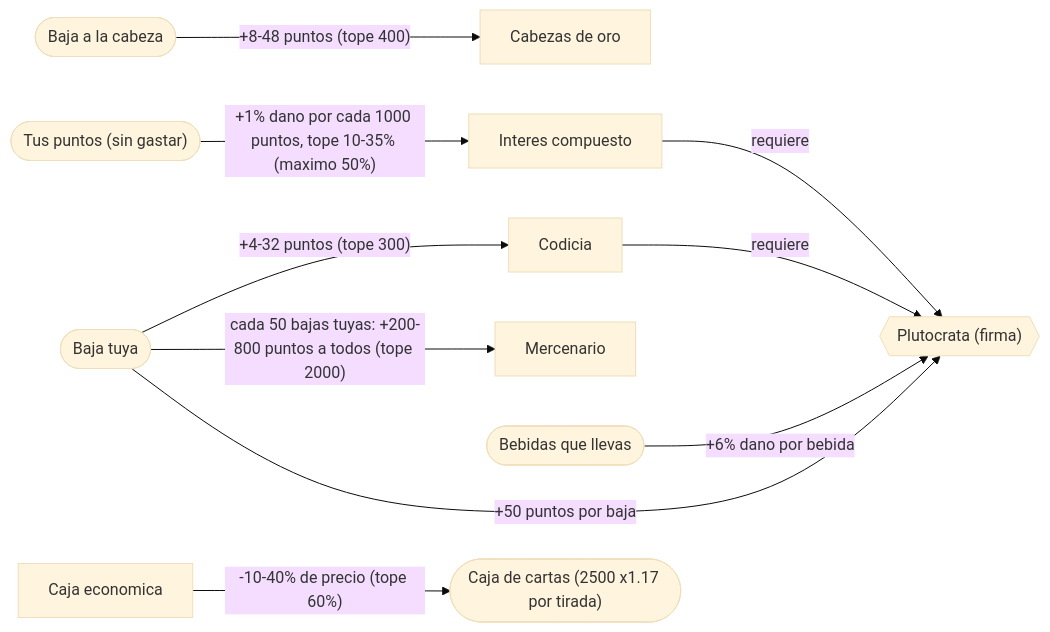
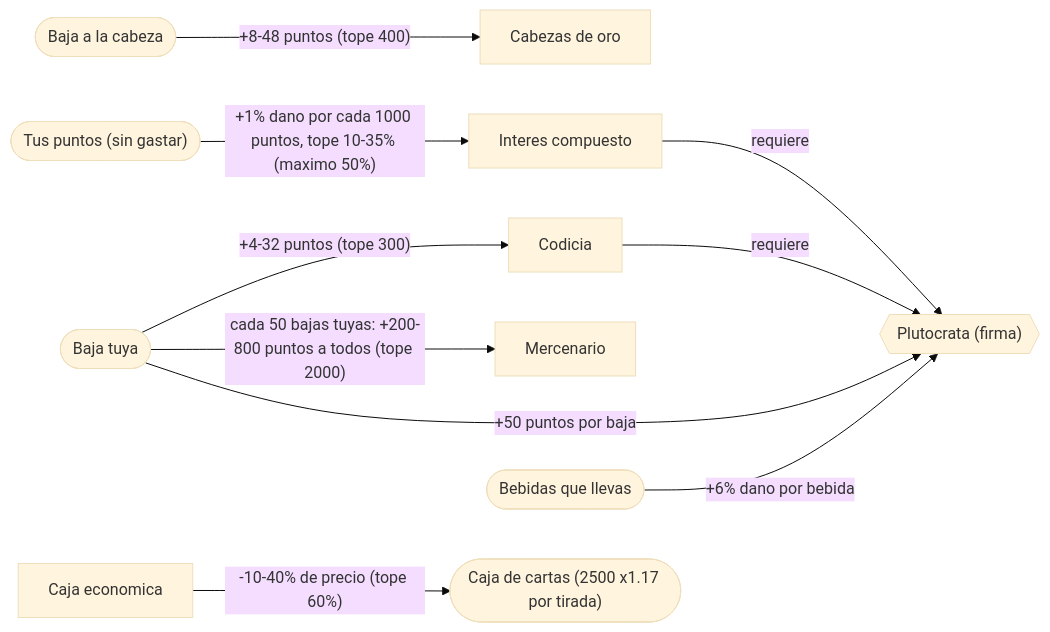
One commit to emailyasi1/bo2jodas changed the tenth of 15 diagrams in ARQUETIPOS.md. Above: the diagram before and after it, drawn with Mermaid (base theme). The commit also changed other lines of this file and 3 other files, not shown here.

````diff
--- a/ARQUETIPOS.md
+++ b/ARQUETIPOS.md
@@ -379,23 +379,23 @@
 ```mermaid
 flowchart LR
     puntos["Codicia"]
     oro["Cabezas de oro"]
     interes["Interes compuesto"]
     mercenario["Mercenario"]
     cajaeco["Caja economica"]
     plutocrata{{"Plutocrata (firma)"}}
     BAJA(["Baja tuya"])
+    CABEZA(["Baja a la cabeza"])
+    CAJA(["Caja de cartas (2500 x1.17 por tirada)"])
     PUNTOS(["Tus puntos (sin gastar)"])
     PERKS(["Bebidas que llevas"])
-    CAJA(["Caja de cartas (2500 x1.17 por tirada)"])
-    CABEZA(["Baja a la cabeza"])
     BAJA -->|"+4-32 puntos (tope 300)"| puntos
     CABEZA -->|"+8-48 puntos (tope 400)"| oro
     PUNTOS -->|"+1% dano por cada 1000 puntos, tope 10-35% (maximo 50%)"| interes
     BAJA -->|"cada 50 bajas tuyas: +200-800 puntos a todos (tope 2000)"| mercenario
     cajaeco -->|"-10-40% de precio (tope 60%)"| CAJA
     puntos -->|"requiere"| plutocrata
     interes -->|"requiere"| plutocrata
     PERKS -->|"+6% dano por bebida"| plutocrata
     BAJA -->|"+50 puntos por baja"| plutocrata
 ```
````
